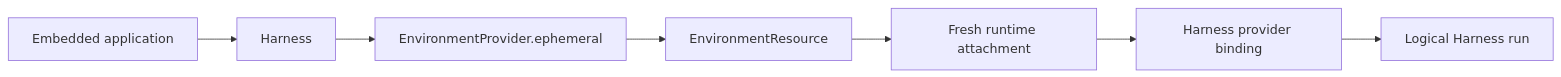
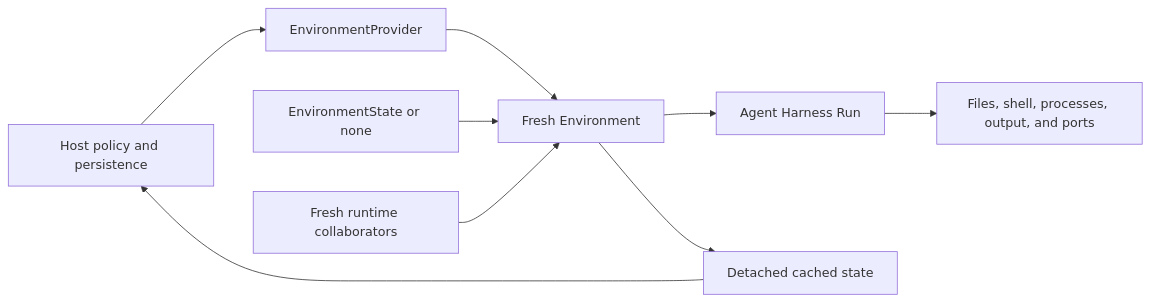
Before and after one commit to LTThreeComma/agent-foundation: the diagram in docs/agent-environment-provider/index.md, drawn with Mermaid. The commit also changed other lines of this file and 188 other files, not shown here.

First line of the commit message:
feat(harness): rework environment and host ownership (#82)

````diff
--- a/docs/agent-environment-provider/index.md
+++ b/docs/agent-environment-provider/index.md
@@ -40,9 +15,11 @@
 ```mermaid
 flowchart LR
-    App[Embedded application] --> Harness
-    Harness --> Provider[EnvironmentProvider.ephemeral]
-    Provider --> Resource[EnvironmentResource]
-    Resource --> Attachment[Fresh runtime attachment]
-    Attachment --> Binding[Harness provider binding]
-    Binding --> Run[Logical Harness run]
+    Host[Host policy and persistence] --> Provider[EnvironmentProvider]
+    Provider --> Adapter[Fresh Environment]
+    State[EnvironmentState or none] --> Adapter
+    Runtime[Fresh runtime collaborators] --> Adapter
+    Adapter --> Harness[Agent Harness Run]
+    Harness --> Operations[Files, shell, processes, output, and ports]
+    Adapter --> Latest[Detached cached state]
+    Latest --> Host
 ```
````
